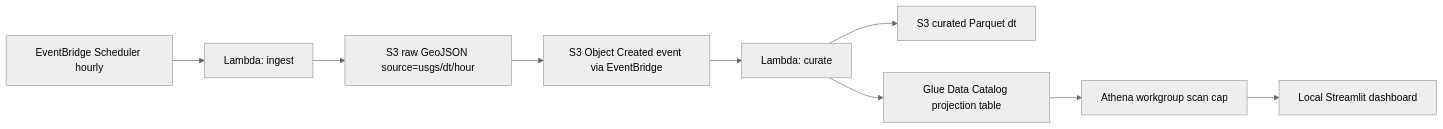
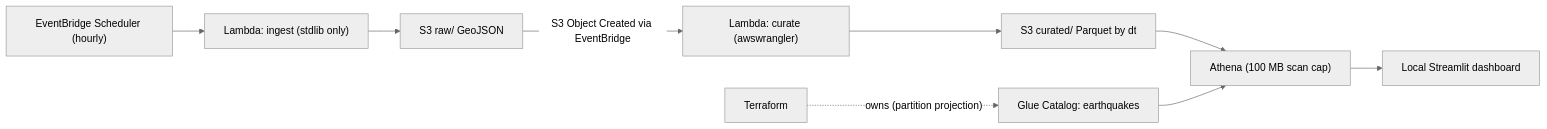
Before and after one commit to RaveendraS33/aws-serverless-data-pipeline: the diagram in README.md, drawn with Mermaid (neutral theme). The commit also changed other lines of this file and 1 other file, not shown here.

````diff
--- a/README.md
+++ b/README.md
@@ -29,11 +23,11 @@
 ```mermaid
 flowchart LR
-    EB["EventBridge Scheduler hourly"] --> I["Lambda: ingest"]
-    I --> R["S3 raw GeoJSON source=usgs/dt/hour"]
-    R --> E["S3 Object Created event via EventBridge"]
-    E --> C["Lambda: curate"]
-    C --> P["S3 curated Parquet dt"]
-    C --> G["Glue Data Catalog projection table"]
-    G --> A["Athena workgroup scan cap"]
+    EB["EventBridge Scheduler (hourly)"] --> I["Lambda: ingest (stdlib only)"]
+    I --> R["S3 raw/ GeoJSON"]
+    R -->|"S3 Object Created via EventBridge"| C["Lambda: curate (awswrangler)"]
+    C --> P["S3 curated/ Parquet by dt"]
+    P --> A["Athena (100 MB scan cap)"]
+    TF["Terraform"] -.->|"owns (partition projection)"| G["Glue Catalog: earthquakes"]
+    G --> A
     A --> D["Local Streamlit dashboard"]
 ```
````
